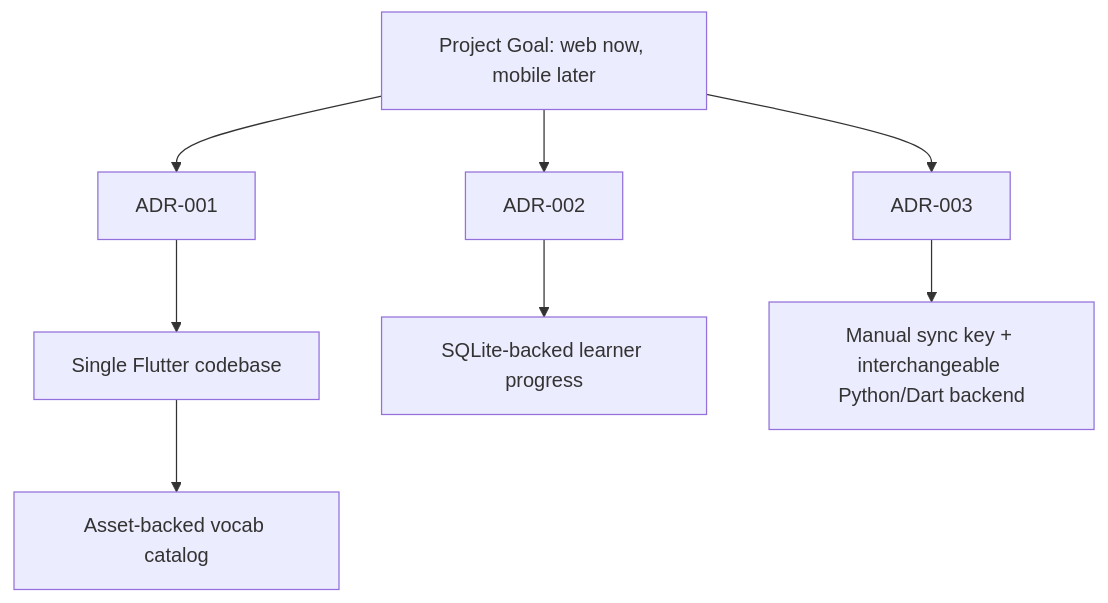
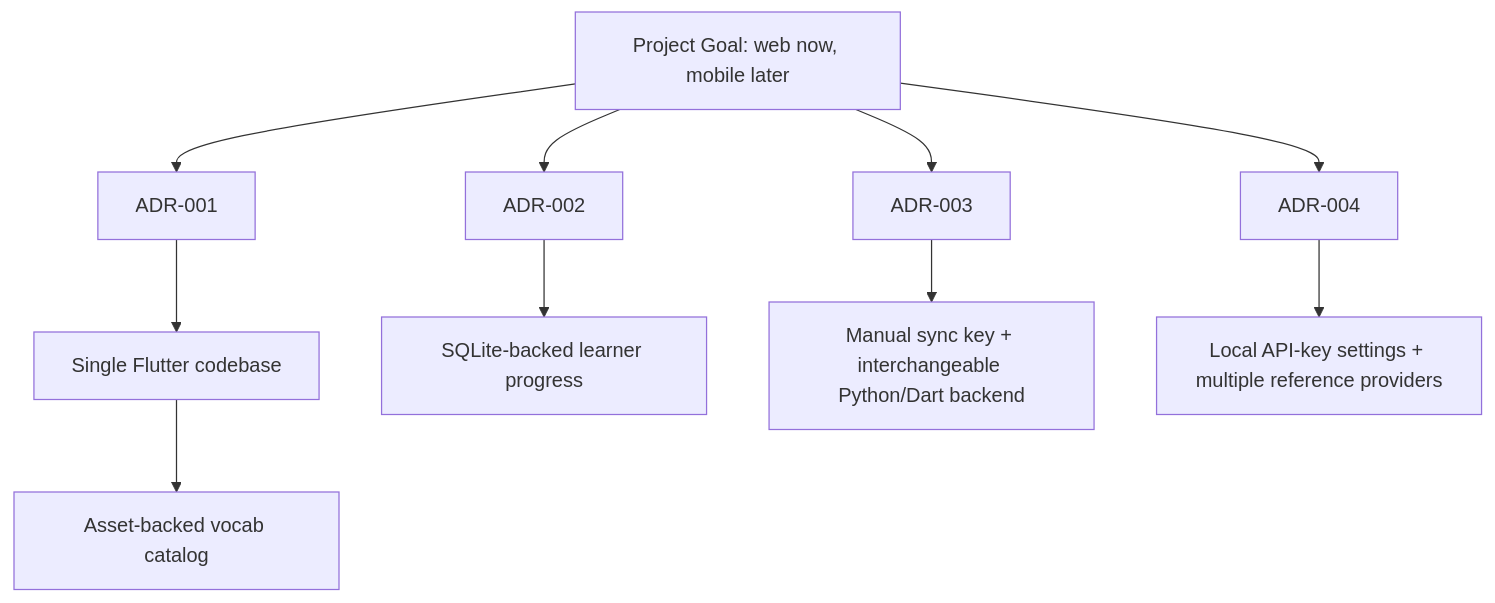
The diagram in docs/2-architecture/decisions/README.md (desertSniper87/vocab-hill), drawn with Mermaid before and after one commit. The commit also changed other lines of this file and 16 other files, not shown here.

````diff
--- a/docs/2-architecture/decisions/README.md
+++ b/docs/2-architecture/decisions/README.md
@@ -13,10 +14,12 @@
 ```mermaid
 flowchart TD
     A["Project Goal: web now, mobile later"] --> B["ADR-001"]
     A --> E["ADR-002"]
     A --> G["ADR-003"]
+    A --> I["ADR-004"]
     B --> C["Single Flutter codebase"]
     C --> D["Asset-backed vocab catalog"]
     E --> F["SQLite-backed learner progress"]
     G --> H["Manual sync key + interchangeable Python/Dart backend"]
+    I --> J["Local API-key settings + multiple reference providers"]
 ```
````
